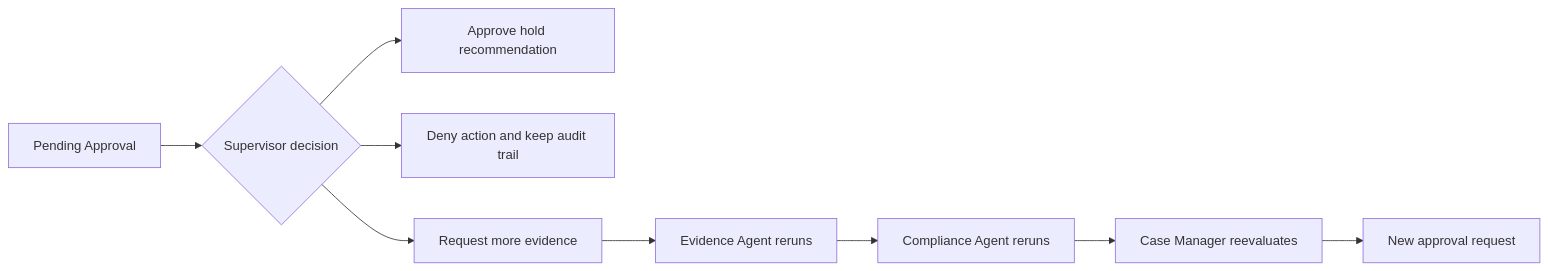
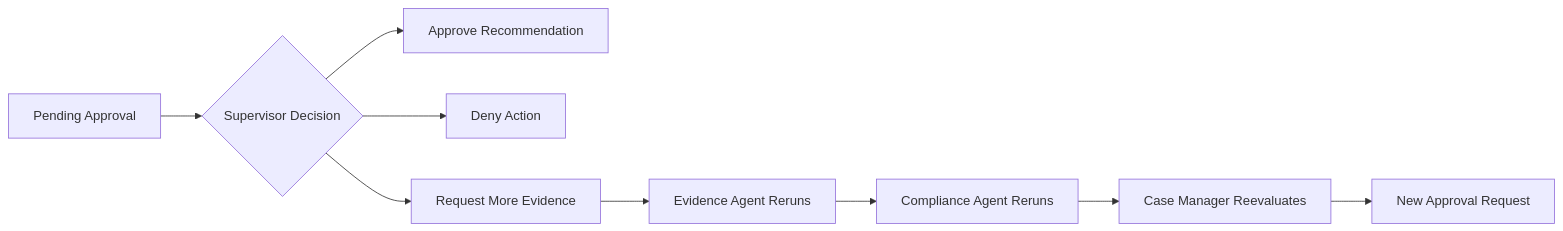
One commit to Kanghyeon5468/Tracelayer changed the fourth of 4 diagrams in README.md. Above: the diagram before and after it, drawn with Mermaid. The commit also changed other lines of this file and 13 other files, not shown here.

````diff
--- a/README.md
+++ b/README.md
@@ -213,11 +262,11 @@
 ```mermaid
 flowchart LR
-    Approval[Pending Approval] --> Decision{Supervisor decision}
-    Decision --> Approved[Approve hold recommendation]
-    Decision --> Denied[Deny action and keep audit trail]
-    Decision --> MoreEvidence[Request more evidence]
-    MoreEvidence --> Evidence[Evidence Agent reruns]
-    Evidence --> Compliance[Compliance Agent reruns]
-    Compliance --> Replan[Case Manager reevaluates]
-    Replan --> NewApproval[New approval request]
+    Pending[Pending Approval] --> Decision{Supervisor Decision}
+    Decision --> Approve[Approve Recommendation]
+    Decision --> Deny[Deny Action]
+    Decision --> More[Request More Evidence]
+    More --> Evidence[Evidence Agent Reruns]
+    Evidence --> Compliance[Compliance Agent Reruns]
+    Compliance --> Manager[Case Manager Reevaluates]
+    Manager --> NewApproval[New Approval Request]
 ```
````
